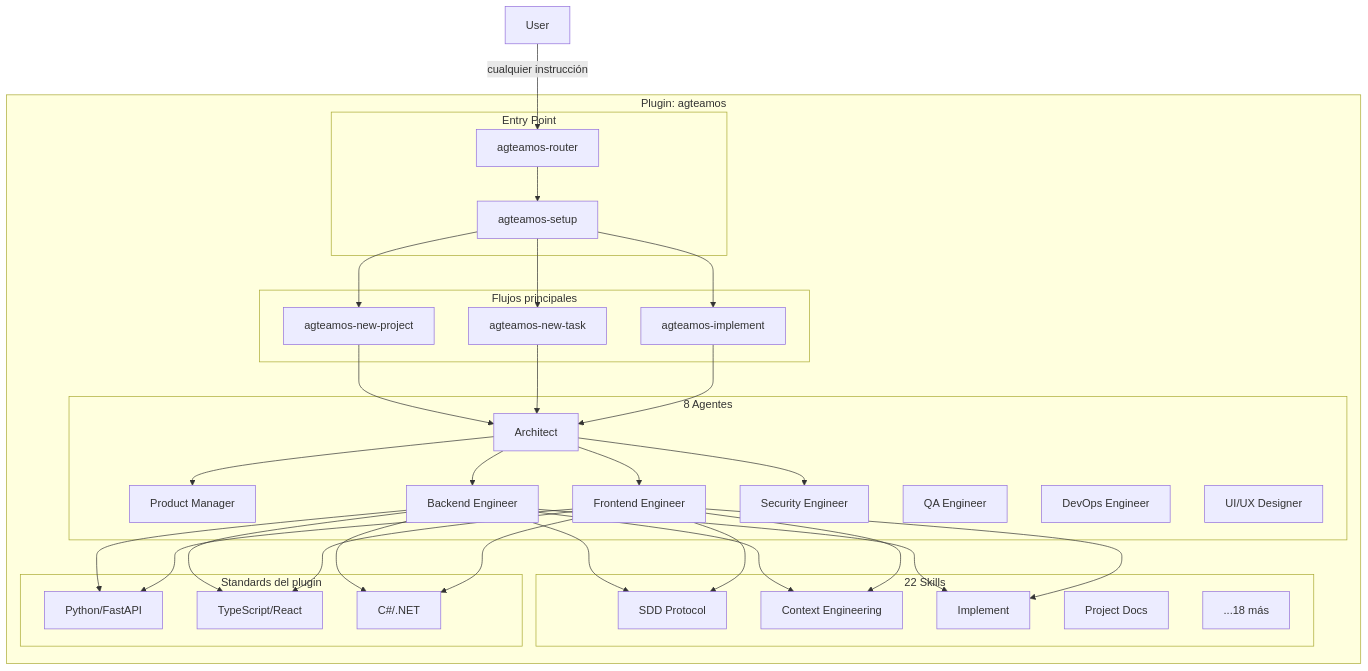
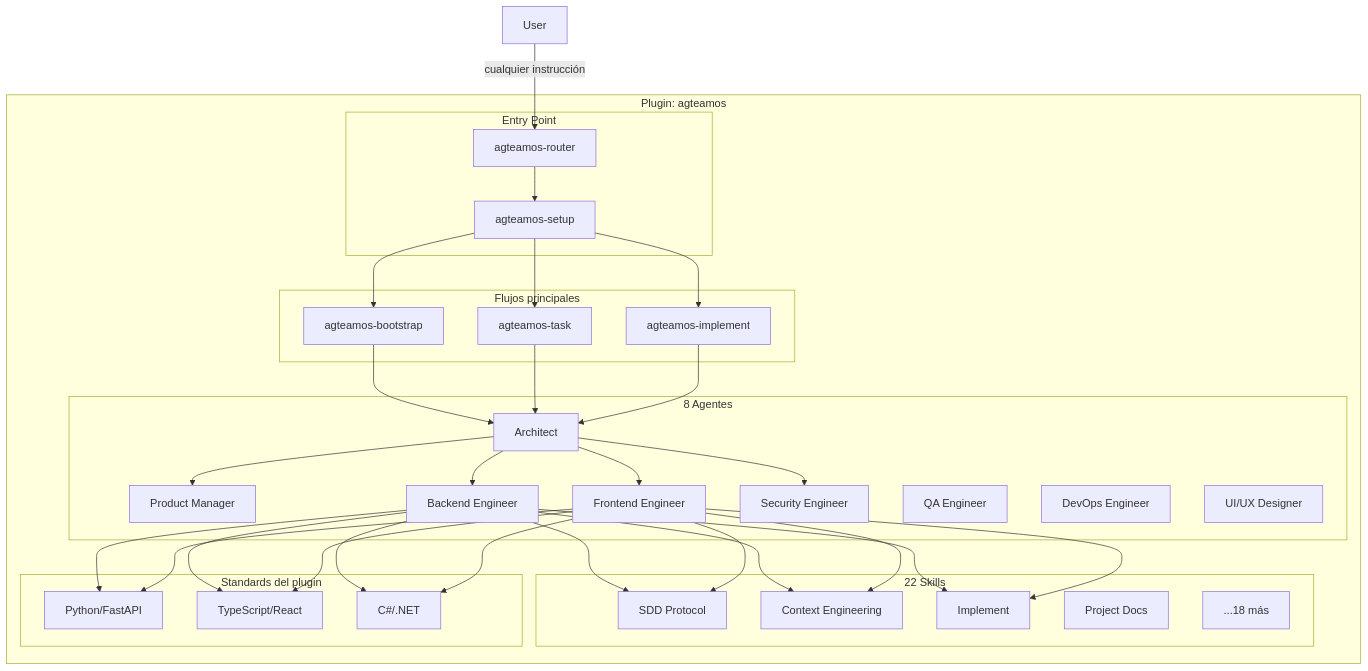
Before and after one commit to EJBereguete/claude-plugins: the second of 2 diagrams in agteamos/docs/conceptos/filosofia-y-arquitectura.md, drawn with Mermaid. The commit also changed other lines of this file and 53 other files, not shown here.

````diff
--- a/agteamos/docs/conceptos/filosofia-y-arquitectura.md
+++ b/agteamos/docs/conceptos/filosofia-y-arquitectura.md
@@ -76,48 +76,48 @@
 ```mermaid
 graph TB
     subgraph "Plugin: agteamos"
         subgraph "Entry Point"
             RC[agteamos-router]
             SU[agteamos-setup]
         end
 
         subgraph "Flujos principales"
-            W1[agteamos-new-project]
-            W2[agteamos-new-task]
+            W1[agteamos-bootstrap]
+            W2[agteamos-task]
             W3[agteamos-implement]
         end
 
         subgraph "8 Agentes"
             A1[Architect]
             A2[Product Manager]
             A3[Backend Engineer]
             A4[Frontend Engineer]
             A5[Security Engineer]
             A6[QA Engineer]
             A7[DevOps Engineer]
             A8[UI/UX Designer]
         end
 
         subgraph "22 Skills"
             S1[SDD Protocol]
             S2[Context Engineering]
             S3[Implement]
             S4[Project Docs]
             S5[...18 más]
         end
 
         subgraph "Standards del plugin"
             ST1[Python/FastAPI]
             ST2[TypeScript/React]
             ST3[C#/.NET]
         end
     end
 
     User -->|cualquier instrucción| RC
     RC --> SU
     SU --> W1 & W2 & W3
     W1 & W2 & W3 --> A1
     A1 --> A2 & A3 & A4 & A5
     A3 & A4 --> S1 & S2 & S3
     A3 & A4 --> ST1 & ST2 & ST3
 ```
````
